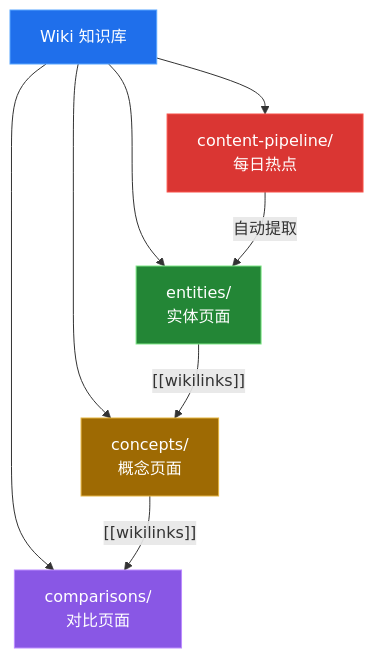
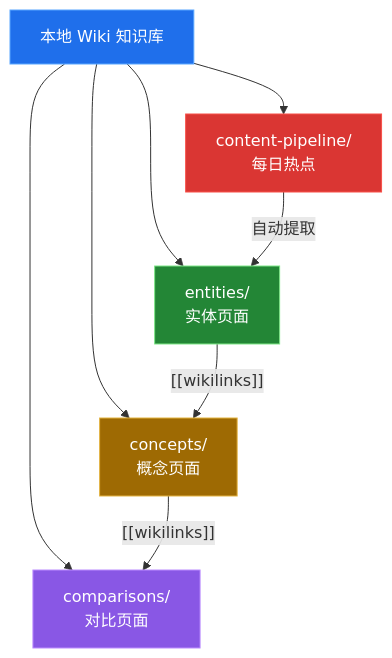
Before and after one commit to leohou0430/my-ai-stack: diagram 13 of 14 in README.md, drawn with Mermaid. The commit also changed other lines of this file and 2 other files, not shown here.

````diff
--- a/README.md
+++ b/README.md
@@ -339,15 +486,15 @@
 ```mermaid
 graph TB
-    Wiki["Wiki 知识库"] --> E["entities/<br>实体页面"]
+    Wiki["本地 Wiki 知识库"] --> E["entities/<br>实体页面"]
     Wiki --> C["concepts/<br>概念页面"]
     Wiki --> CP["comparisons/<br>对比页面"]
     Wiki --> PL["content-pipeline/<br>每日热点"]
     E -->|"[[wikilinks]]"| C
     C -->|"[[wikilinks]]"| CP
     PL -->|"自动提取"| E
     style Wiki fill:#1f6feb,stroke:#58a6ff,color:#fff
     style E fill:#238636,stroke:#7ee787,color:#fff
     style C fill:#9e6a03,stroke:#e3b341,color:#fff
     style CP fill:#8957e5,stroke:#bc8cff,color:#fff
     style PL fill:#da3633,stroke:#f85149,color:#fff
 ```
````
